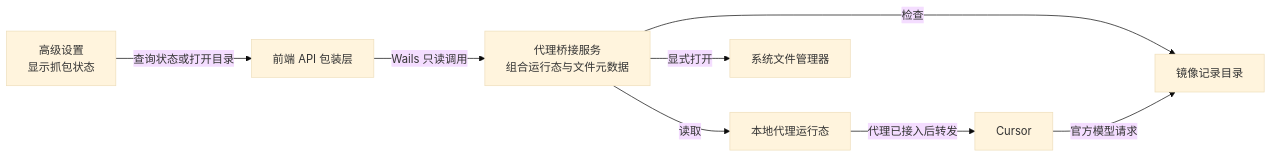
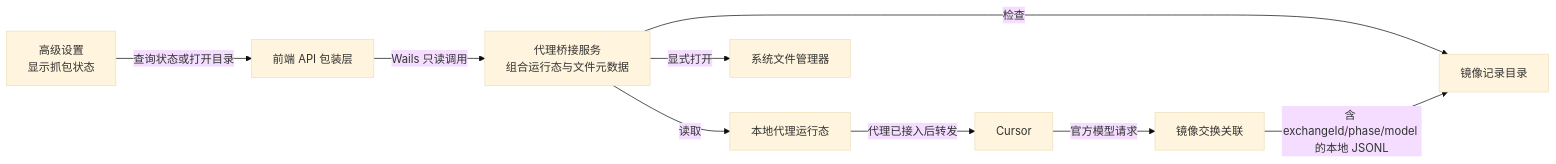
The diagram in spec/changes/backend-capability-ui-discovery/design.md (Sakana-yuyu/cursor-byok), drawn with Mermaid (base theme) before and after one commit. The commit also changed other lines of this file and 4 other files, not shown here.

````diff
--- a/spec/changes/backend-capability-ui-discovery/design.md
+++ b/spec/changes/backend-capability-ui-discovery/design.md
@@ -5,12 +5,13 @@
 ```mermaid
 flowchart LR
   U[高级设置
 显示抓包状态] -->|查询状态或打开目录| F[前端 API 包装层]
   F -->|Wails 只读调用| B[代理桥接服务
 组合运行态与文件元数据]
   B -->|读取| P[本地代理运行态]
   B -->|检查| M[镜像记录目录]
   B -->|显式打开| D[系统文件管理器]
   P -->|代理已接入后转发| C[Cursor]
-  C -->|官方模型请求| M
+  C -->|官方模型请求| X[镜像交换关联]
+  X -->|含 exchangeId/phase/model 的本地 JSONL| M
 ```
````
